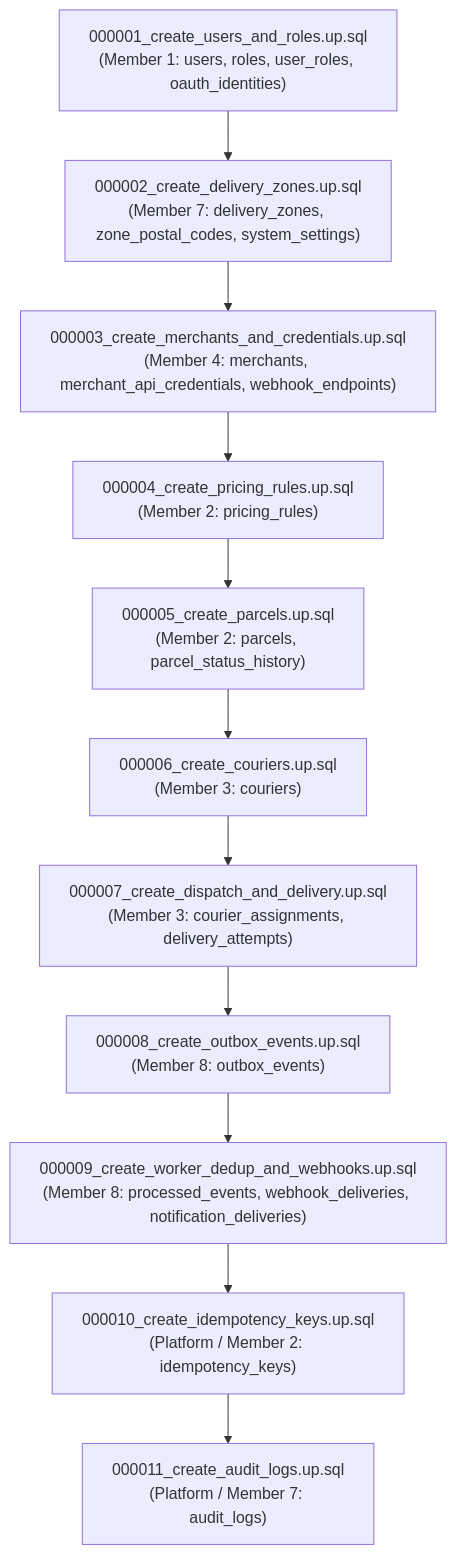
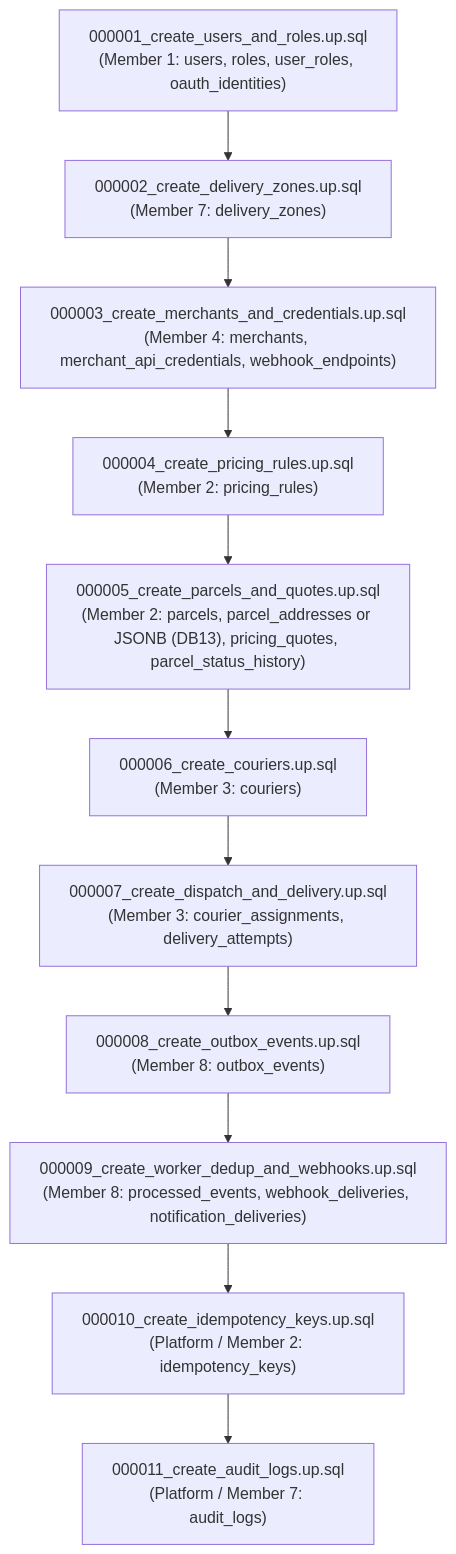
One commit to phantomTroupeEAD/SwiftDrop changed the third of 3 diagrams in docs/drafts/member-09-devops-k8s/MEMBER_09_ALIGNMENT_AND_SPECIFICATION_GUIDE.md. Above: the diagram before and after it, drawn with Mermaid. The commit also changed other lines of this file and 16 other files, not shown here.

````diff
--- a/docs/drafts/member-09-devops-k8s/MEMBER_09_ALIGNMENT_AND_SPECIFICATION_GUIDE.md
+++ b/docs/drafts/member-09-devops-k8s/MEMBER_09_ALIGNMENT_AND_SPECIFICATION_GUIDE.md
@@ -177,13 +176,13 @@
 ```mermaid
 flowchart TD
-    M01["000001_create_users_and_roles.up.sql<br/>(Member 1: users, roles, user_roles, oauth_identities)"] --> M02["000002_create_delivery_zones.up.sql<br/>(Member 7: delivery_zones, zone_postal_codes, system_settings)"]
+    M01["000001_create_users_and_roles.up.sql<br/>(Member 1: users, roles, user_roles, oauth_identities)"] --> M02["000002_create_delivery_zones.up.sql<br/>(Member 7: delivery_zones)"]
     M02 --> M03["000003_create_merchants_and_credentials.up.sql<br/>(Member 4: merchants, merchant_api_credentials, webhook_endpoints)"]
     M03 --> M04["000004_create_pricing_rules.up.sql<br/>(Member 2: pricing_rules)"]
-    M04 --> M05["000005_create_parcels.up.sql<br/>(Member 2: parcels, parcel_status_history)"]
+    M04 --> M05["000005_create_parcels_and_quotes.up.sql<br/>(Member 2: parcels, parcel_addresses or JSONB (DB13), pricing_quotes, parcel_status_history)"]
     M05 --> M06["000006_create_couriers.up.sql<br/>(Member 3: couriers)"]
     M06 --> M07["000007_create_dispatch_and_delivery.up.sql<br/>(Member 3: courier_assignments, delivery_attempts)"]
     M07 --> M08["000008_create_outbox_events.up.sql<br/>(Member 8: outbox_events)"]
     M08 --> M09["000009_create_worker_dedup_and_webhooks.up.sql<br/>(Member 8: processed_events, webhook_deliveries, notification_deliveries)"]
     M09 --> M10["000010_create_idempotency_keys.up.sql<br/>(Platform / Member 2: idempotency_keys)"]
     M10 --> M11["000011_create_audit_logs.up.sql<br/>(Platform / Member 7: audit_logs)"]
 ```
````
